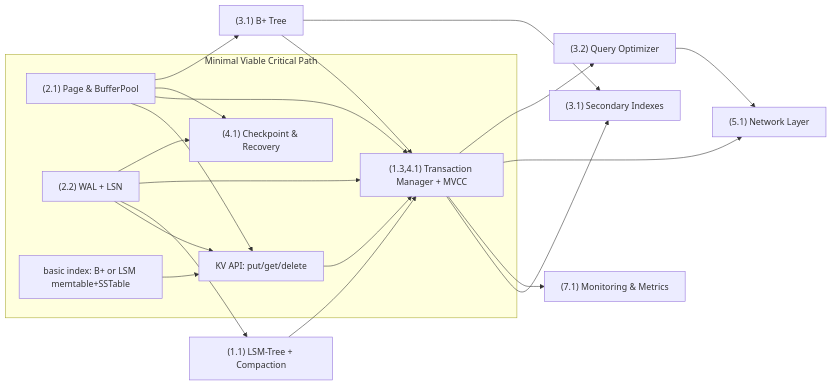
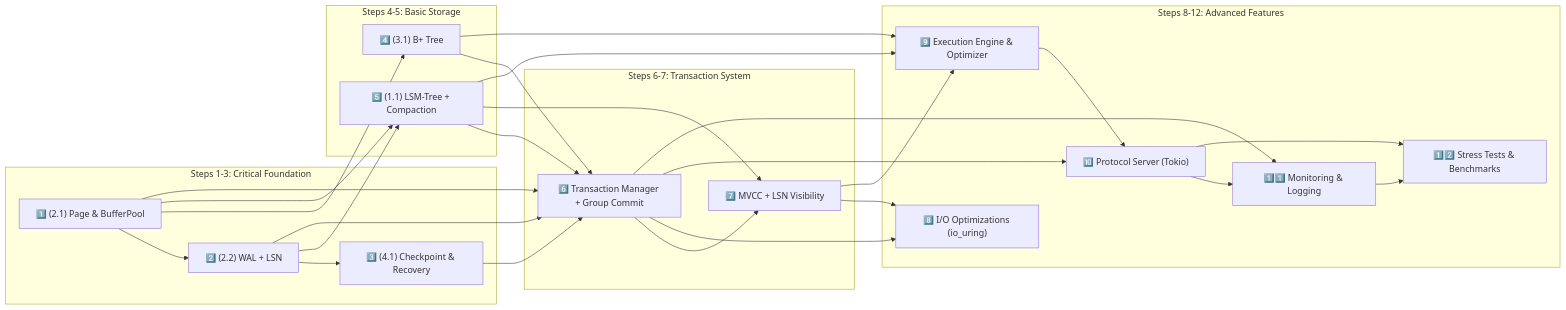
Before and after one commit to AashishTangnami/database-engine-rs: the first of 2 diagrams in Workflow.md, drawn with Mermaid. The commit also changed other lines of this file, not shown here.

````diff
--- a/Workflow.md
+++ b/Workflow.md
@@ -214,43 +214,78 @@
 ```mermaid
 graph LR
-    page["(2.1) Page & BufferPool"]
-    wal["(2.2) WAL + LSN"]
-    recovery["(4.1) Checkpoint & Recovery"]
-    bptree["(3.1) B+ Tree"]
-    lsm["(1.1) LSM-Tree + Compaction"]
-    txn["(1.3,4.1) Transaction Manager + MVCC"]
-    net["(5.1) Network Layer"]
-    optimizer["(3.2) Query Optimizer"]
-    metrics["(7.1) Monitoring & Metrics"]
-    secondary["(3.1) Secondary Indexes"]
+    %% Step 1-3: Foundation (Critical Path)
+    page["1️⃣ (2.1) Page & BufferPool"]
+    wal["2️⃣ (2.2) WAL + LSN"]
+    recovery["3️⃣ (4.1) Checkpoint & Recovery"]
+    
+    %% Step 4-5: Basic Storage
+    bptree["4️⃣ (3.1) B+ Tree"]
+    lsm["5️⃣ (1.1) LSM-Tree + Compaction"]
+    
+    %% Step 6-7: Transaction System
+    txn["6️⃣ Transaction Manager + Group Commit"]
+    mvcc["7️⃣ MVCC + LSN Visibility"]
+    
+    %% Step 8-12: Advanced Features
+    io_opt["8️⃣ I/O Optimizations (io_uring)"]
+    optimizer["9️⃣ Execution Engine & Optimizer"]
+    network["🔟 Protocol Server (Tokio)"]
+    monitoring["1️⃣1️⃣ Monitoring & Logging"]
+    testing["1️⃣2️⃣ Stress Tests & Benchmarks"]
 
+    %% Critical Path Dependencies
+    page --> wal
     wal --> recovery
     page --> bptree
-    page --> recovery
+    page --> lsm
+    wal --> lsm
+    recovery --> txn
     wal --> txn
-    wal --> lsm
     page --> txn
+    
+    %% Storage Dependencies
     bptree --> txn
     lsm --> txn
-    txn --> optimizer
-    txn --> net
-    optimizer --> net
-    txn --> metrics
-    bptree --> secondary
-    txn --> secondary
+    txn --> mvcc
+    lsm --> mvcc
+    
+    %% Advanced Dependencies
+    mvcc --> io_opt
+    txn --> io_opt
+    mvcc --> optimizer
+    bptree --> optimizer
+    lsm --> optimizer
+    
+    %% Network & Final Features
+    optimizer --> network
+    txn --> network
+    network --> monitoring
+    txn --> monitoring
+    monitoring --> testing
+    network --> testing
 
-    %% Step-order emphasis for Minimal Viable Critical Path
-    subgraph MVC ["Minimal Viable Critical Path"]
+    %% Step Groups
+    subgraph CriticalPath ["Steps 1-3: Critical Foundation"]
       page
       wal
       recovery
-      kv_api["KV API: put/get/delete"]
+    end
+    
+    subgraph BasicStorage ["Steps 4-5: Basic Storage"]
+      bptree
+      lsm
+    end
+    
+    subgraph TransactionSystem ["Steps 6-7: Transaction System"]
       txn
-      index["basic index: B+ or LSM memtable+SSTable"]
+      mvcc
     end
-
-    wal --> kv_api
-    page --> kv_api
-    kv_api --> txn
-    index --> kv_api
+    
+    subgraph AdvancedFeatures ["Steps 8-12: Advanced Features"]
+      io_opt
+      optimizer
+      network
+      monitoring
+      testing
+    end
 ```
````
